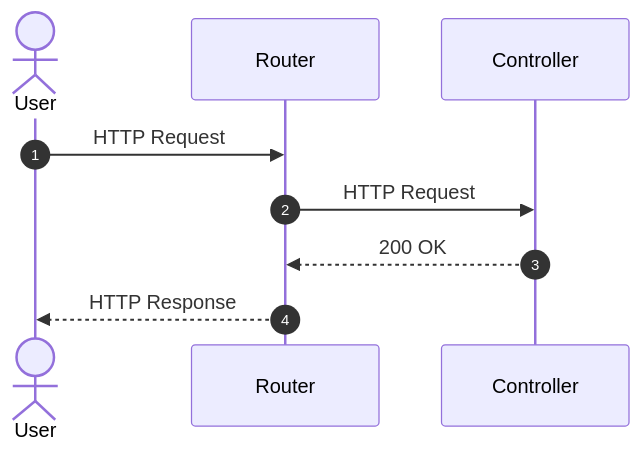
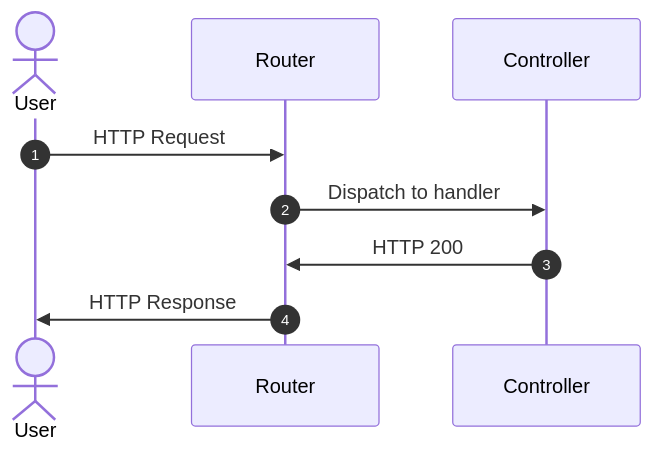
One commit to toy-soldier/starzz-laravel changed the first of 4 diagrams in README.md. Above: the diagram before and after it, drawn with Mermaid. The commit also changed other lines of this file and 29 other files, not shown here.

````diff
--- a/README.md
+++ b/README.md
@@ -64,13 +66,13 @@
 ```mermaid
 sequenceDiagram
     autonumber
 
     actor User
     participant Router
     participant Controller
 
     User ->> Router: HTTP Request
-    Router ->> Controller: HTTP Request
-    Controller -->> Router: 200 OK
-    Router -->> User: HTTP Response
+    Router ->> Controller: Dispatch to handler
+    Controller ->> Router: HTTP 200
+    Router ->> User: HTTP Response
 ```
````
